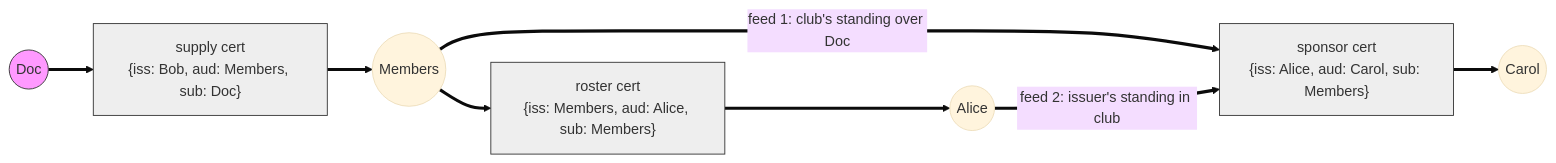
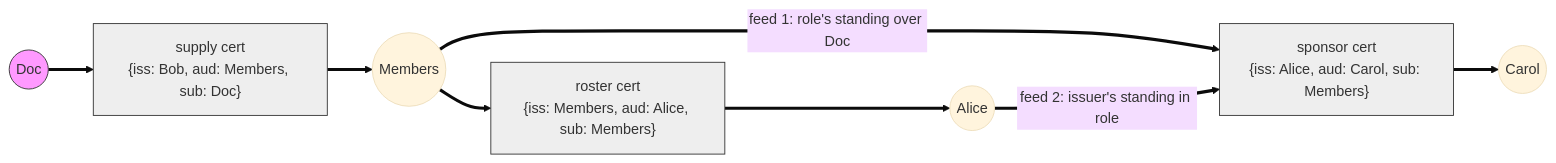
Before and after one commit to inkandswitch/keyhive: the second of 3 diagrams in design/keyline/evaluation-notes.md, drawn with Mermaid (base theme). The commit also changed other lines of this file and 12 other files, not shown here.

````diff
--- a/design/keyline/evaluation-notes.md
+++ b/design/keyline/evaluation-notes.md
@@ -75,20 +75,20 @@
 ```mermaid
 flowchart LR
-    classDef socket fill:#f9f,stroke:#333
+    classDef subject fill:#f9f,stroke:#333
     classDef cert fill:#eee,stroke:#333
 
-    Doc((Doc)):::socket
+    Doc((Doc)):::subject
     Members((Members))
     Alice((Alice))
     Carol((Carol))
 
     supply["supply cert<br/>{iss: Bob, aud: Members, sub: Doc}"]:::cert
     roster["roster cert<br/>{iss: Members, aud: Alice, sub: Members}"]:::cert
     sponsor["sponsor cert<br/>{iss: Alice, aud: Carol, sub: Members}"]:::cert
 
     Doc ==> supply ==> Members
     Members ==> roster ==> Alice
-    Members ==>|"feed 1: club's standing over Doc"| sponsor
-    Alice ==>|"feed 2: issuer's standing in club"| sponsor
+    Members ==>|"feed 1: role's standing over Doc"| sponsor
+    Alice ==>|"feed 2: issuer's standing in role"| sponsor
     sponsor ==> Carol
 ```
````
